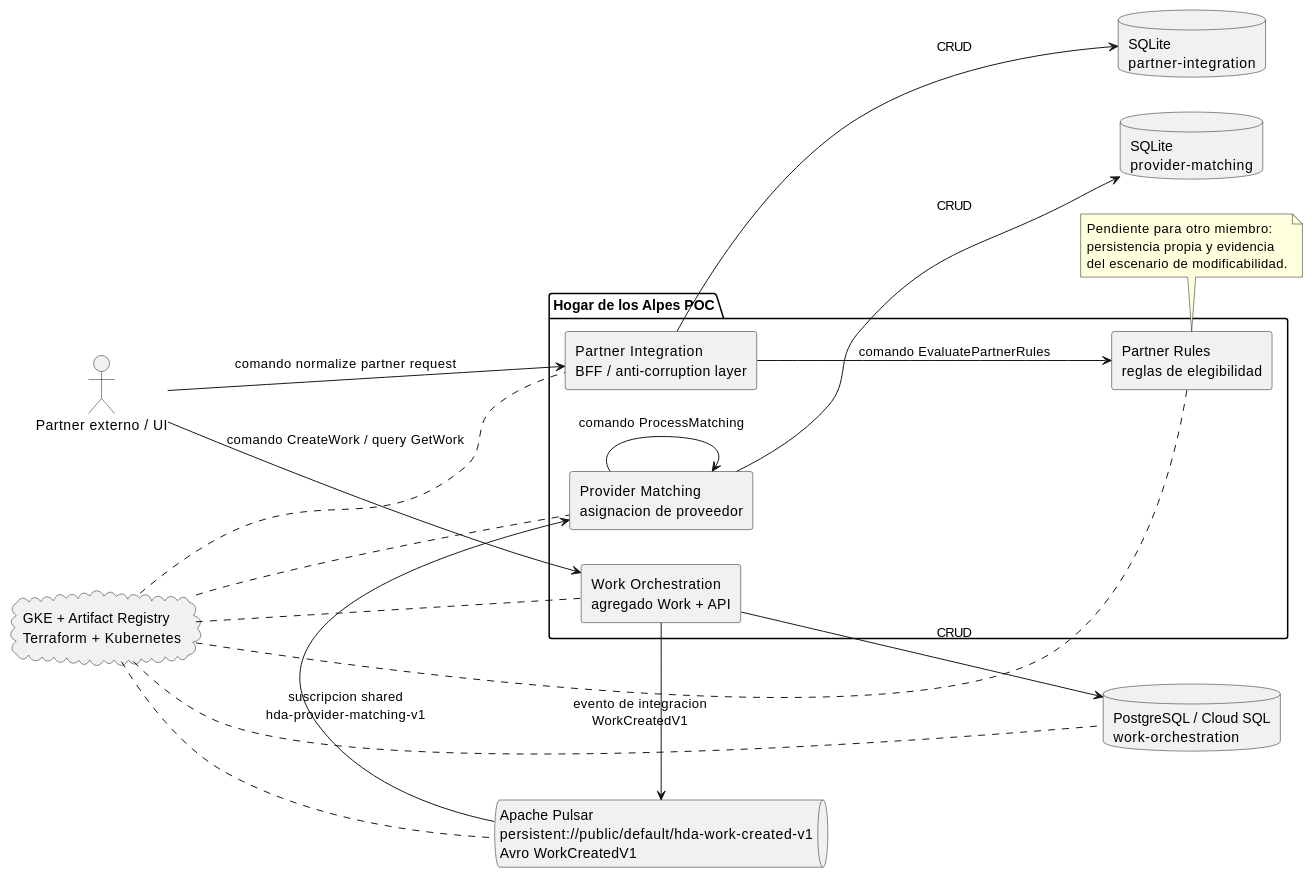
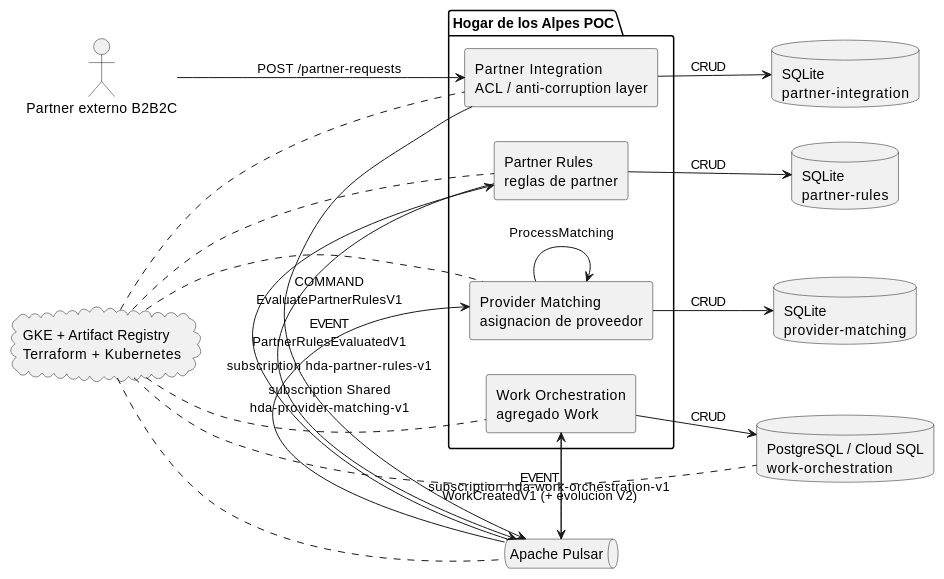
One commit to dso-uniandes/apps-no-monoliticas changed the diagram in entrega-4/docs/architecture.md. Above: the diagram before and after it, drawn with PlantUML. The commit also changed other lines of this file and 39 other files, not shown here.

````diff
--- a/entrega-4/docs/architecture.md
+++ b/entrega-4/docs/architecture.md
@@ -5,43 +5,42 @@
 ```plantuml
 @startuml
 left to right direction
 skinparam componentStyle rectangle
 
-actor "Partner externo / UI" as Partner
+actor "Partner externo B2B2C" as Partner
 
 package "Hogar de los Alpes POC" {
-  [Partner Integration\nBFF / anti-corruption layer] as PI
-  [Partner Rules\nreglas de elegibilidad] as PR
-  [Work Orchestration\nagregado Work + API] as WO
+  [Partner Integration\nACL / anti-corruption layer] as PI
+  [Partner Rules\nreglas de partner] as PR
+  [Work Orchestration\nagregado Work] as WO
   [Provider Matching\nasignacion de proveedor] as PM
 }
 
-queue "Apache Pulsar\npersistent://public/default/hda-work-created-v1\nAvro WorkCreatedV1" as Pulsar
+queue "Apache Pulsar" as Pulsar
+database "SQLite\npartner-integration" as PIDB
+database "SQLite\npartner-rules" as PRDB
 database "PostgreSQL / Cloud SQL\nwork-orchestration" as DB
-database "SQLite\npartner-integration" as PIDB
 database "SQLite\nprovider-matching" as PMDB
 cloud "GKE + Artifact Registry\nTerraform + Kubernetes" as GCP
 
-Partner --> PI : comando normalize partner request
-Partner --> WO : comando CreateWork / query GetWork
-PI --> PR : comando EvaluatePartnerRules
+Partner --> PI : POST /partner-requests
 PI --> PIDB : CRUD
-note bottom of PR
-  Pendiente para otro miembro:
-  persistencia propia y evidencia
-  del escenario de modificabilidad.
-end note
+PI --> Pulsar : COMMAND\nEvaluatePartnerRulesV1
+Pulsar --> PR : subscription hda-partner-rules-v1
+PR --> PRDB : CRUD
+PR --> Pulsar : EVENT\nPartnerRulesEvaluatedV1
+Pulsar --> WO : subscription hda-work-orchestration-v1
 WO --> DB : CRUD
-WO --> Pulsar : evento de integracion\nWorkCreatedV1
-Pulsar --> PM : suscripcion shared\nhda-provider-matching-v1
-PM --> PM : comando ProcessMatching
+WO --> Pulsar : EVENT\nWorkCreatedV1 (+ evolucion V2)
+Pulsar --> PM : subscription Shared\nhda-provider-matching-v1
 PM --> PMDB : CRUD
+PM --> PM : ProcessMatching
 
 GCP .. PI
 GCP .. PR
 GCP .. WO
 GCP .. PM
 GCP .. Pulsar
 GCP .. DB
 @enduml
 ```
````
